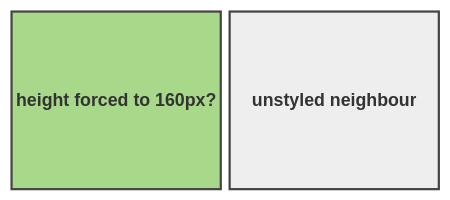
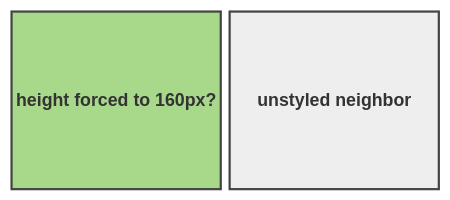
One commit to IvanTheGeek/FnEmail-Model changed diagram 37 of 37 in docs/diagrams/EXPERIMENT-block-labels.md. Above: the diagram before and after it, drawn with Mermaid. The commit also changed other lines of this file, not shown here.

````diff
--- a/docs/diagrams/EXPERIMENT-block-labels.md
+++ b/docs/diagrams/EXPERIMENT-block-labels.md
@@ -521,8 +520,8 @@
 ```mermaid
 block
   columns 2
   i6a["<b>height forced to 160px?</b>"]
-  i6b["<b>unstyled neighbour</b>"]
+  i6b["<b>unstyled neighbor</b>"]
   style i6a fill:#a8d98a,stroke:#444,stroke-width:2px,color:#000,height:160px
   style i6b fill:#eeeeee,stroke:#444,stroke-width:2px,color:#000
 ```
````
